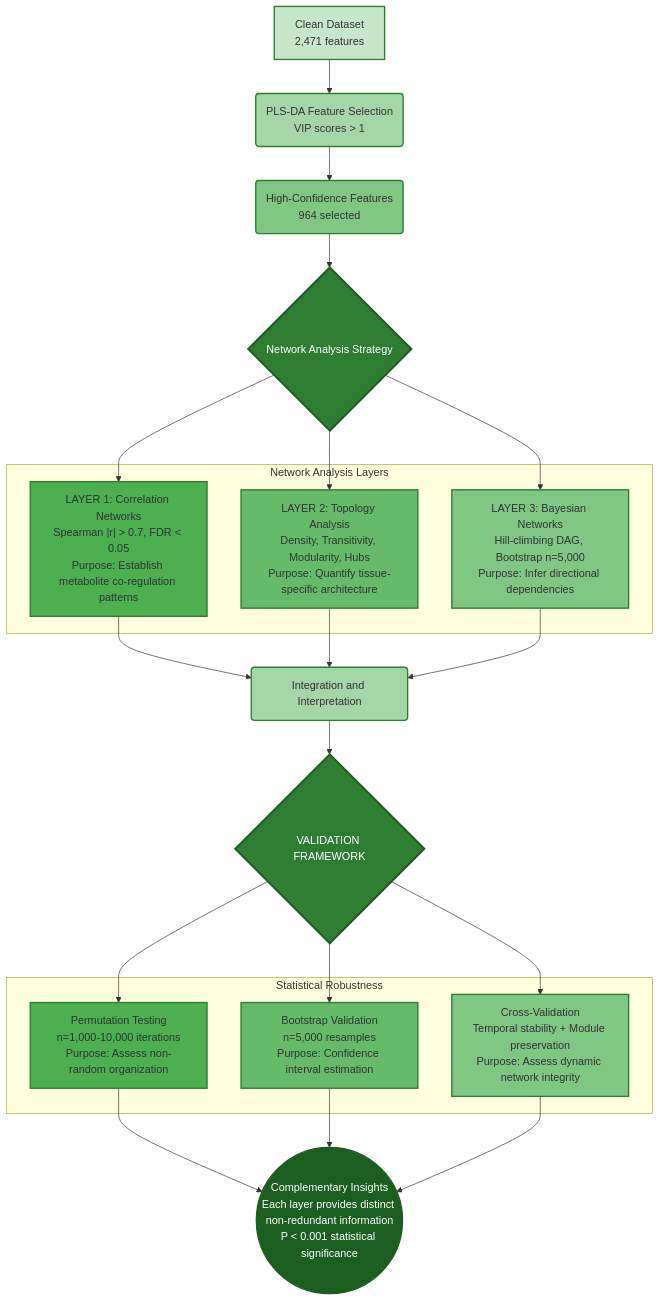
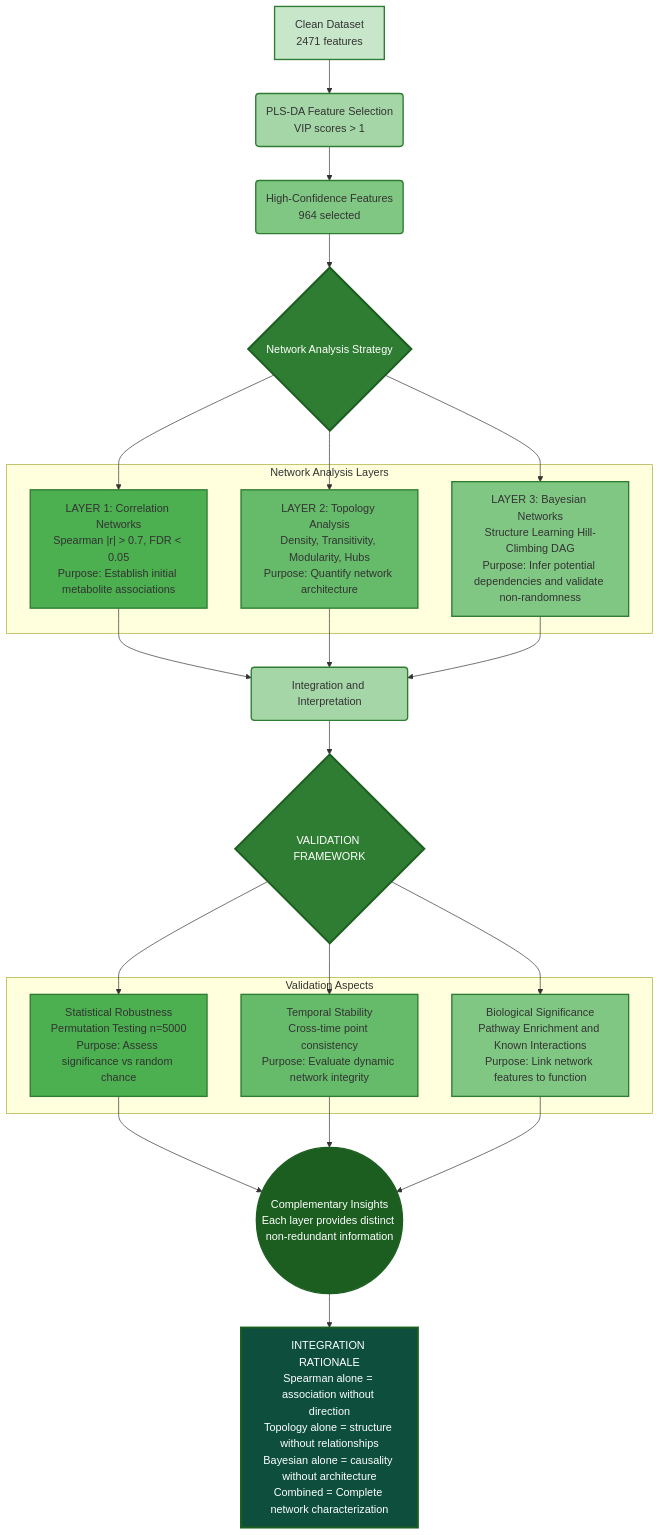
One commit to shoaibms/metabo changed the first of 2 diagrams in README.md. Above: the diagram before and after it, drawn with Mermaid.

````diff
--- a/README.md
+++ b/README.md
@@ -15,55 +15,58 @@
 ```mermaid
 graph TD
-    A["Clean Dataset<br/>2,471 features"] --> B("PLS-DA Feature Selection<br/>VIP scores > 1")
+    A["Clean Dataset<br/>2471 features"] --> B("PLS-DA Feature Selection<br/>VIP scores > 1")
     B --> C("High-Confidence Features<br/>964 selected")
     
     C --> D{"Network Analysis Strategy"}
     
     D --> E
     D --> F
     D --> G
 
     subgraph AnalysisLayers ["Network Analysis Layers"]
-        E["LAYER 1: Correlation Networks<br/>Spearman |r| > 0.7, FDR < 0.05<br/>Purpose: Establish metabolite co-regulation patterns"]
-        F["LAYER 2: Topology Analysis<br/>Density, Transitivity, Modularity, Hubs<br/>Purpose: Quantify tissue-specific architecture"]
-        G["LAYER 3: Bayesian Networks<br/>Hill-climbing DAG, Bootstrap n=5,000<br/>Purpose: Infer directional dependencies"]
+        E["LAYER 1: Correlation Networks<br/>Spearman |r| > 0.7, FDR < 0.05<br/>Purpose: Establish initial metabolite associations"]
+        F["LAYER 2: Topology Analysis<br/>Density, Transitivity, Modularity, Hubs<br/>Purpose: Quantify network architecture"]
+        G["LAYER 3: Bayesian Networks<br/>Structure Learning Hill-Climbing DAG<br/>Purpose: Infer potential dependencies and validate non-randomness"]
     end
     
     E --> H("Integration and Interpretation")
     F --> H
     G --> H
     
     H --> I{"VALIDATION FRAMEWORK"}
     
     I --> I1
     I --> I2
     I --> I3
 
-    subgraph ValidationAspects ["Statistical Robustness"]
-        I1["Permutation Testing<br/>n=1,000-10,000 iterations<br/>Purpose: Assess non-random organization"]
-        I2["Bootstrap Validation<br/>n=5,000 resamples<br/>Purpose: Confidence interval estimation"]
-        I3["Cross-Validation<br/>Temporal stability + Module preservation<br/>Purpose: Assess dynamic network integrity"]
+    subgraph ValidationAspects ["Validation Aspects"]
+        I1["Statistical Robustness<br/>Permutation Testing n=5000<br/>Purpose: Assess significance vs random chance"]
+        I2["Temporal Stability<br/>Cross-time point consistency<br/>Purpose: Evaluate dynamic network integrity"]
+        I3["Biological Significance<br/>Pathway Enrichment and Known Interactions<br/>Purpose: Link network features to function"]
     end
     
-    I1 --> J(("Complementary Insights<br/>Each layer provides distinct non-redundant information<br/>P < 0.001 statistical significance"))
+    I1 --> J(("Complementary Insights<br/>Each layer provides distinct non-redundant information"))
     I2 --> J
     I3 --> J
+    
+    J --> K["INTEGRATION RATIONALE<br/>Spearman alone = association without direction<br/>Topology alone = structure without relationships<br/>Bayesian alone = causality without architecture<br/>Combined = Complete network characterization"]
 
     style A fill:#c8e6c9,stroke:#2e7d32,stroke-width:2px
     style B fill:#a5d6a7,stroke:#2e7d32,stroke-width:2px
     style C fill:#81c784,stroke:#2e7d32,stroke-width:2px
     style D fill:#2e7d32,stroke:#1b5e20,stroke-width:3px,color:#fff
     
     style E fill:#4caf50,stroke:#2e7d32,stroke-width:2px
     style F fill:#66bb6a,stroke:#2e7d32,stroke-width:2px
     style G fill:#81c784,stroke:#2e7d32,stroke-width:2px
     
     style H fill:#a5d6a7,stroke:#2e7d32,stroke-width:2px
     style I fill:#2e7d32,stroke:#1b5e20,stroke-width:3px,color:#fff
     
     style I1 fill:#4caf50,stroke:#2e7d32,stroke-width:2px
     style I2 fill:#66bb6a,stroke:#2e7d32,stroke-width:2px
     style I3 fill:#81c784,stroke:#2e7d32,stroke-width:2px
     
     style J fill:#1b5e20,stroke:#1b5e20,stroke-width:2px,color:#fff
+    style K fill:#0d4f3c,stroke:#1b5e20,stroke-width:3px,color:#fff
 ```
````
